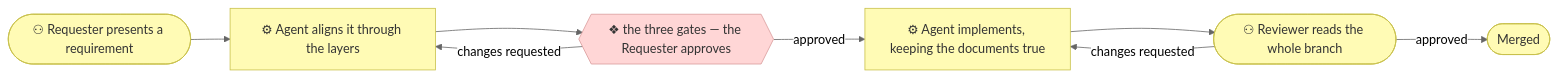
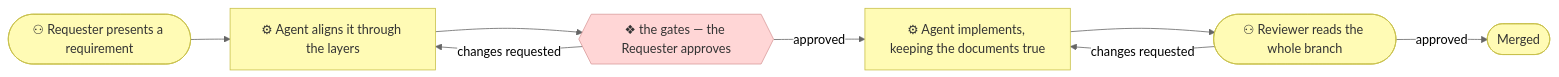
The diagram in docs/method.md (roanboc/archreator), drawn with Mermaid (neutral theme) before and after one commit. The commit also changed other lines of this file and 68 other files, not shown here.

````diff
--- a/docs/method.md
+++ b/docs/method.md
@@ -134,20 +125,20 @@
 ```mermaid
 flowchart LR
   req(["⚇ Requester presents a requirement"])
   align["⚙ Agent aligns it through the layers"]
-  gates{{"❖ the three gates — the Requester approves"}}
+  gates{{"❖ the gates — the Requester approves"}}
   build["⚙ Agent implements, keeping the documents true"]
   rev(["⚇ Reviewer reads the whole branch"])
   merged(["Merged"])
 
   req --> align --> gates
   gates -->|changes requested| align
   gates -->|approved| build --> rev
   rev -->|changes requested| build
   rev -->|approved| merged
 
   classDef business fill:#fffbb5,stroke:#c8c04a,color:#333
   classDef implementation fill:#ffd6d6,stroke:#d99b9b,color:#333
   class req,align,build,rev,merged business
   class gates implementation
 ```
````
